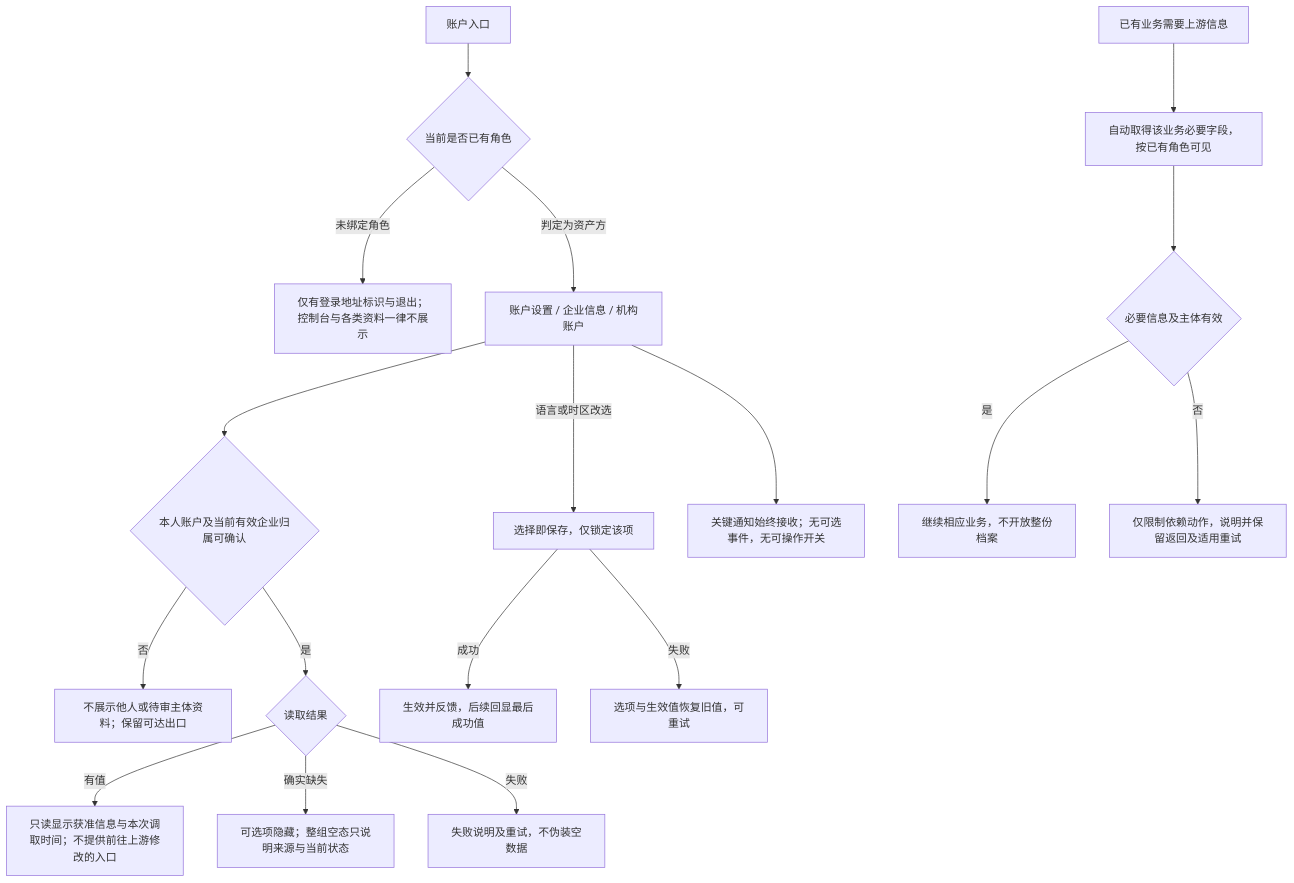
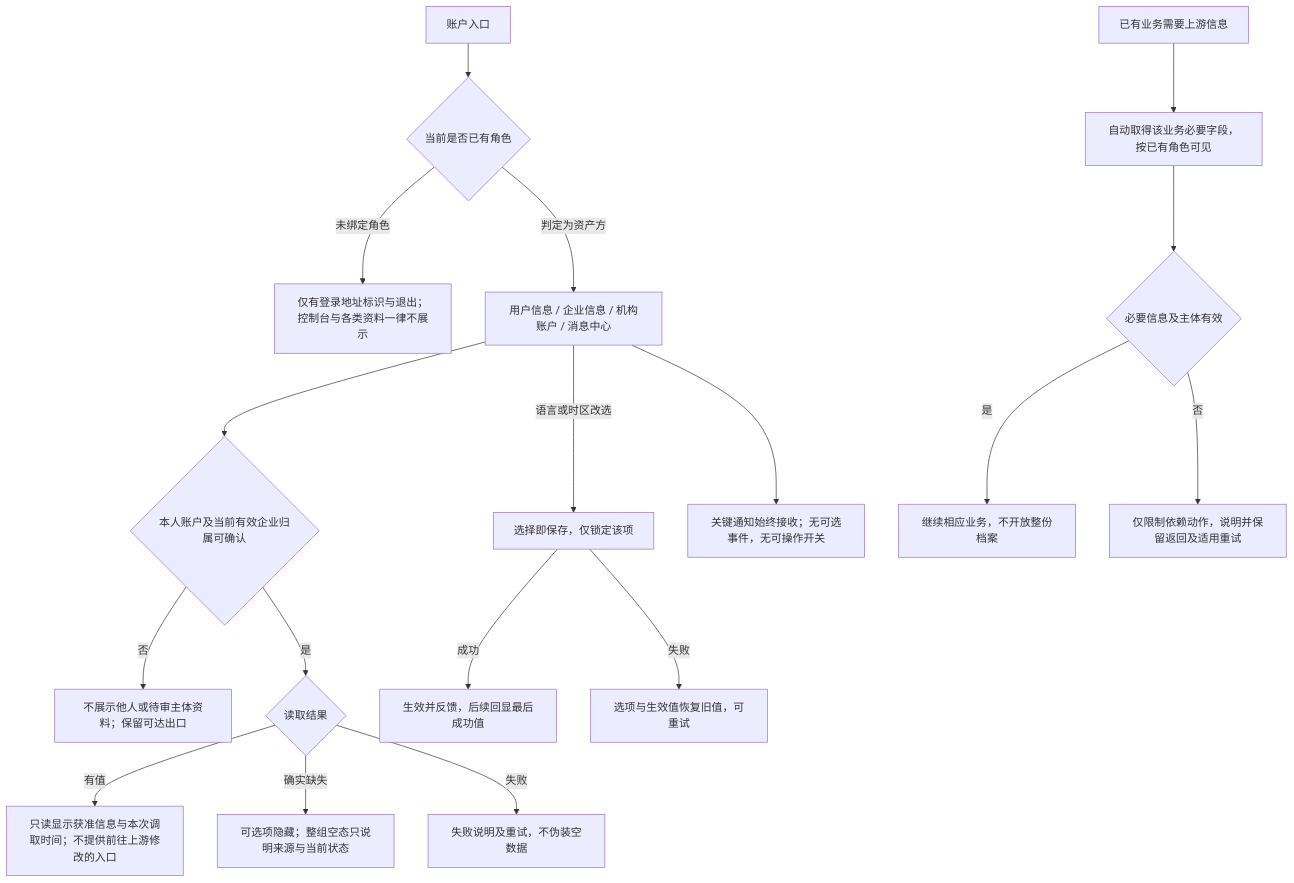
The fifth of 7 diagrams in lending-platform/PRD/v2.0-登录与账户体系/02-登录主干与资产方SSO接入-流程图与状态机.md (wxblockchain/Chain-Financing), drawn with Mermaid before and after one commit. The commit also changed 7 other files, not shown here.

````diff
--- a/lending-platform/PRD/v2.0-登录与账户体系/02-登录主干与资产方SSO接入-流程图与状态机.md
+++ b/lending-platform/PRD/v2.0-登录与账户体系/02-登录主干与资产方SSO接入-流程图与状态机.md
@@ -117,20 +117,20 @@
 ```mermaid
 flowchart TD
     MENU["账户入口"] --> ROLE{"当前是否已有角色"}
     ROLE -->|未绑定角色| ONLY["仅有登录地址标识与退出；控制台与各类资料一律不展示"]
-    ROLE -->|判定为资产方| P["账户设置 / 企业信息 / 机构账户"]
+    ROLE -->|判定为资产方| P["用户信息 / 企业信息 / 机构账户 / 消息中心"]
     P --> OWNER{"本人账户及当前有效企业归属可确认"}
     OWNER -->|否| DENY["不展示他人或待审主体资料；保留可达出口"]
     OWNER -->|是| LOAD{"读取结果"}
     LOAD -->|有值| SHOW["只读显示获准信息与本次调取时间；不提供前往上游修改的入口"]
     LOAD -->|确实缺失| EMPTY["可选项隐藏；整组空态只说明来源与当前状态"]
     LOAD -->|失败| FAIL["失败说明及重试，不伪装空数据"]
     P -->|语言或时区改选| SAVE["选择即保存，仅锁定该项"]
     SAVE -->|成功| OK["生效并反馈，后续回显最后成功值"]
     SAVE -->|失败| ROLLBACK["选项与生效值恢复旧值，可重试"]
     P --> NOTICE["关键通知始终接收；无可选事件，无可操作开关"]
     B["已有业务需要上游信息"] --> AUTO["自动取得该业务必要字段，按已有角色可见"]
     AUTO --> NEED{"必要信息及主体有效"}
     NEED -->|是| USE["继续相应业务，不开放整份档案"]
     NEED -->|否| LIMIT["仅限制依赖动作，说明并保留返回及适用重试"]
 ```
````
